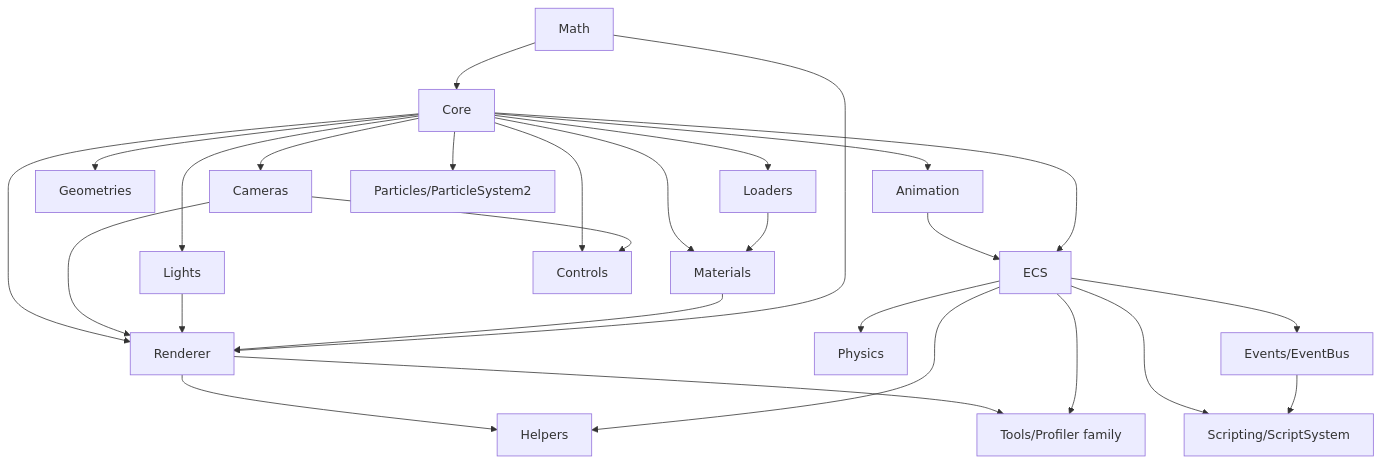
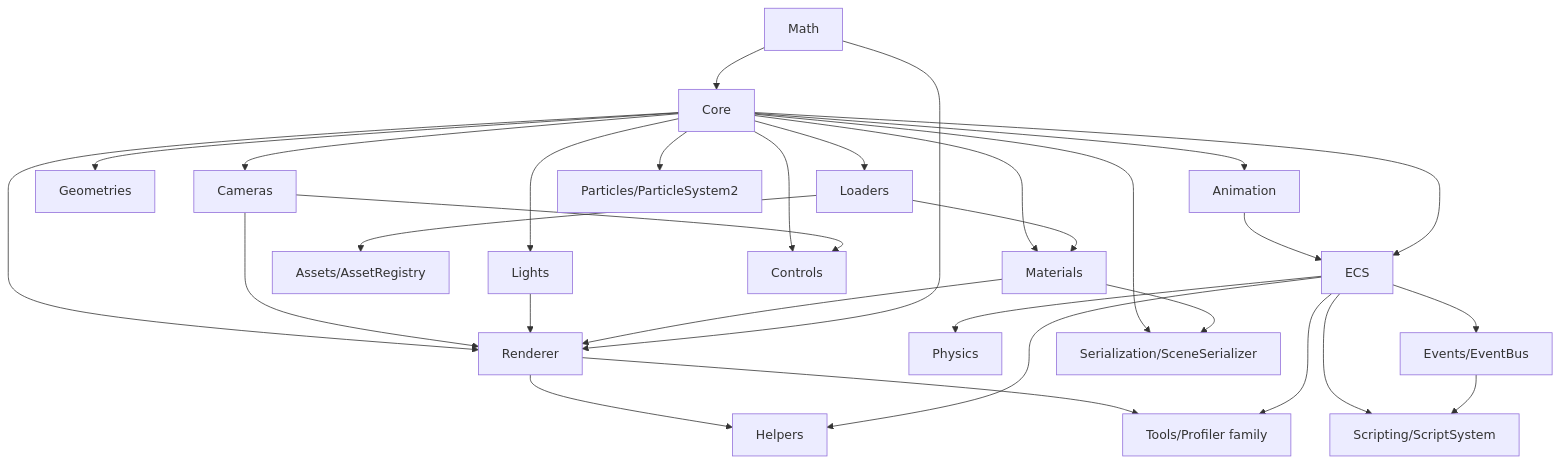
One commit to toujianjian/vreen changed the diagram in ARCHITECTURE.md. Above: the diagram before and after it, drawn with Mermaid. The commit also changed other lines of this file and 16 other files, not shown here.

Commit message:
feat: 延迟渲染(DeferredRenderer)+特殊材质(Toon/Water/Wireframe/Outline/Matcap)+文档全量更新(README/ARCHITECTURE/CLAUDE.md 22+模块);2289 tests pass

````diff
--- a/ARCHITECTURE.md
+++ b/ARCHITECTURE.md
@@ -188,29 +192,32 @@
 ```mermaid
 graph TD
     Math[Math] --> Core[Core]
     Core --> Cameras
     Core --> Lights
     Core --> Geometries
     Core --> Materials
     Core --> Renderer
     Cameras --> Renderer
     Lights --> Renderer
     Materials --> Renderer
     Math --> Renderer
     Core --> Loaders
     Loaders --> Materials
+    Loaders --> Assets[Assets/AssetRegistry]
     Core --> Animation
     Animation --> ECS
     Core --> ECS
     ECS --> Physics
     ECS --> Events[Events/EventBus]
     ECS --> Scripting[Scripting/ScriptSystem]
     Events --> Scripting
     Core --> Particles[Particles/ParticleSystem2]
     Renderer --> Helpers
     ECS --> Helpers
     Core --> Controls
     Cameras --> Controls
+    Core --> Serialization[Serialization/SceneSerializer]
+    Materials --> Serialization
     Renderer --> Tools[Tools/Profiler family]
     ECS --> Tools
 ```
````
